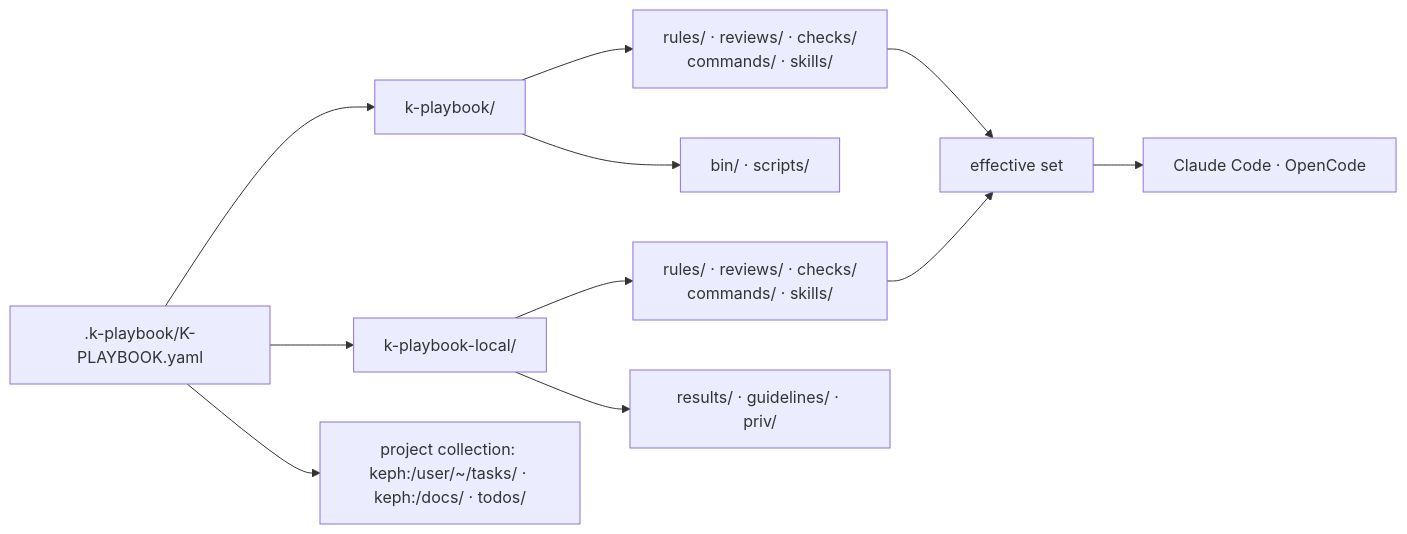
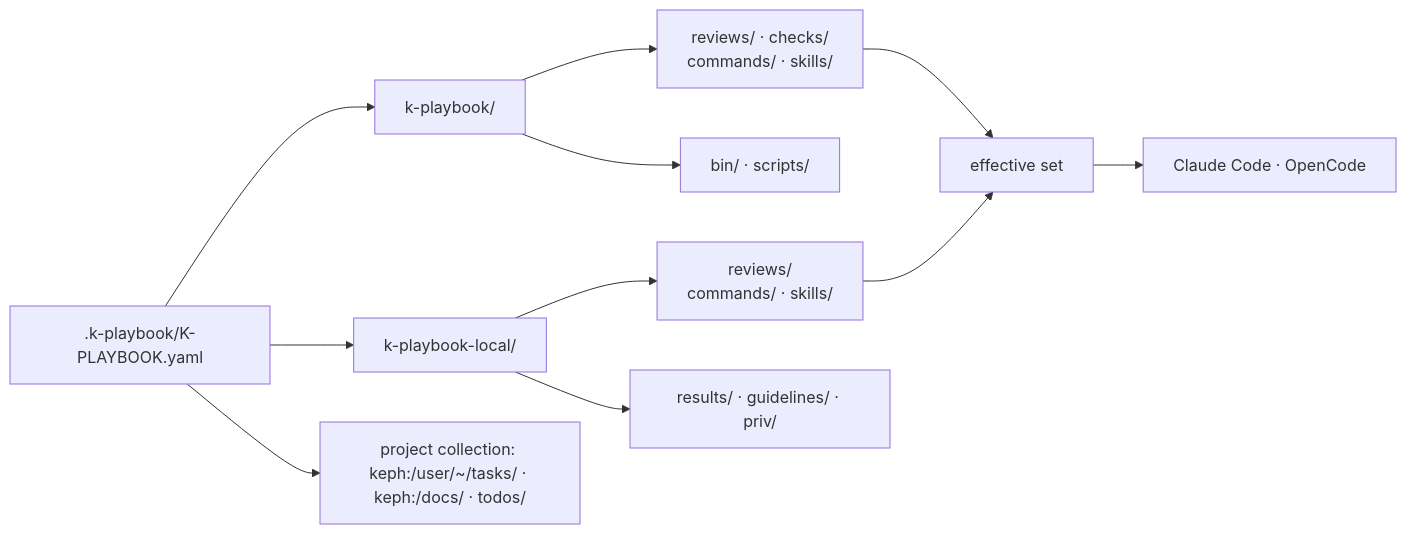
The first of 3 diagrams in docs/manual.md (kascada/k-playbook), drawn with Mermaid before and after one commit. The commit also changed other lines of this file and 99 other files, not shown here.

````diff
--- a/docs/manual.md
+++ b/docs/manual.md
@@ -42,17 +42,17 @@
 ```mermaid
 flowchart LR
     Anchor[".k-playbook/K-PLAYBOOK.yaml"] --> Playbook["k-playbook/"]
     Anchor --> Local["k-playbook-local/"]
 
-    Playbook --> Base["rules/ · reviews/ · checks/<br>commands/ · skills/"]
+    Playbook --> Base["reviews/ · checks/<br>commands/ · skills/"]
     Playbook --> Tool["bin/ · scripts/"]
 
-    Local --> Overlay["rules/ · reviews/ · checks/<br>commands/ · skills/"]
+    Local --> Overlay["reviews/<br>commands/ · skills/"]
     Local --> Artifacts["results/ · guidelines/ · priv/"]
     Anchor --> Collection["project collection: keph:/user/~/tasks/ · keph:/docs/ · todos/"]
 
     Base --> Effective["effective set"]
     Overlay --> Effective
 
     Effective --> Assistant["Claude Code · OpenCode"]
 ```
````
